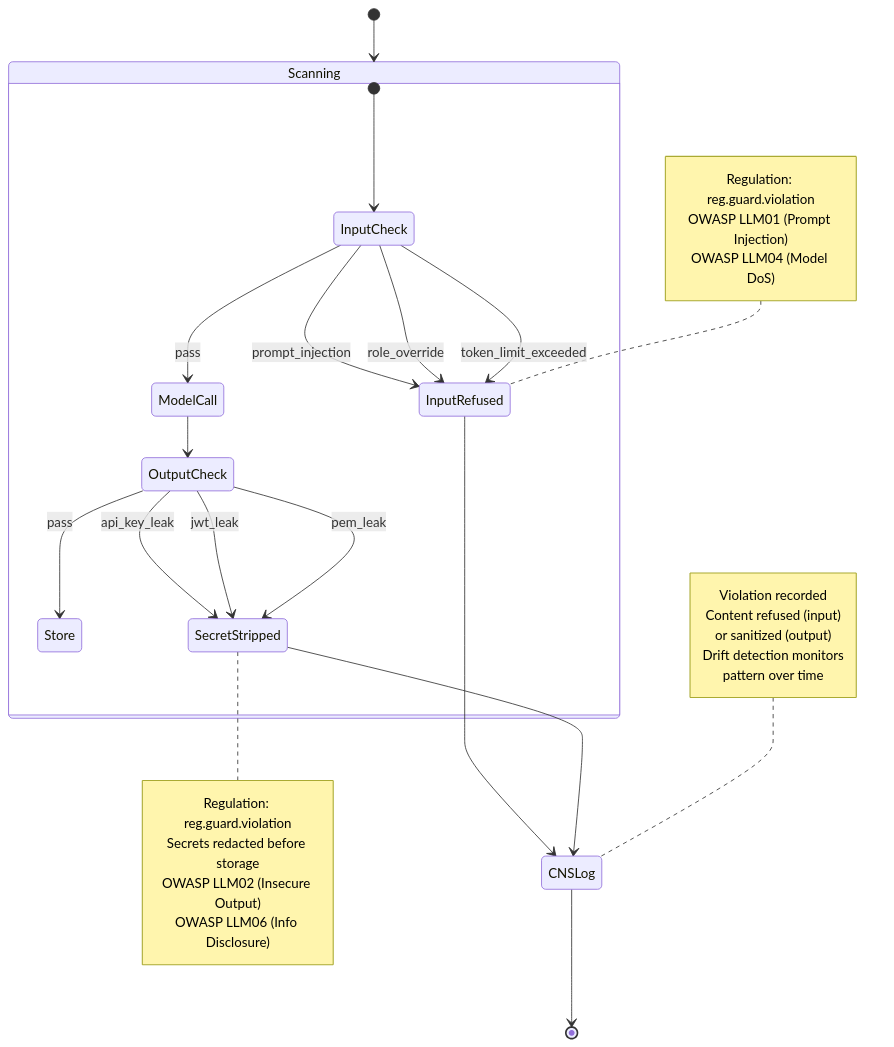
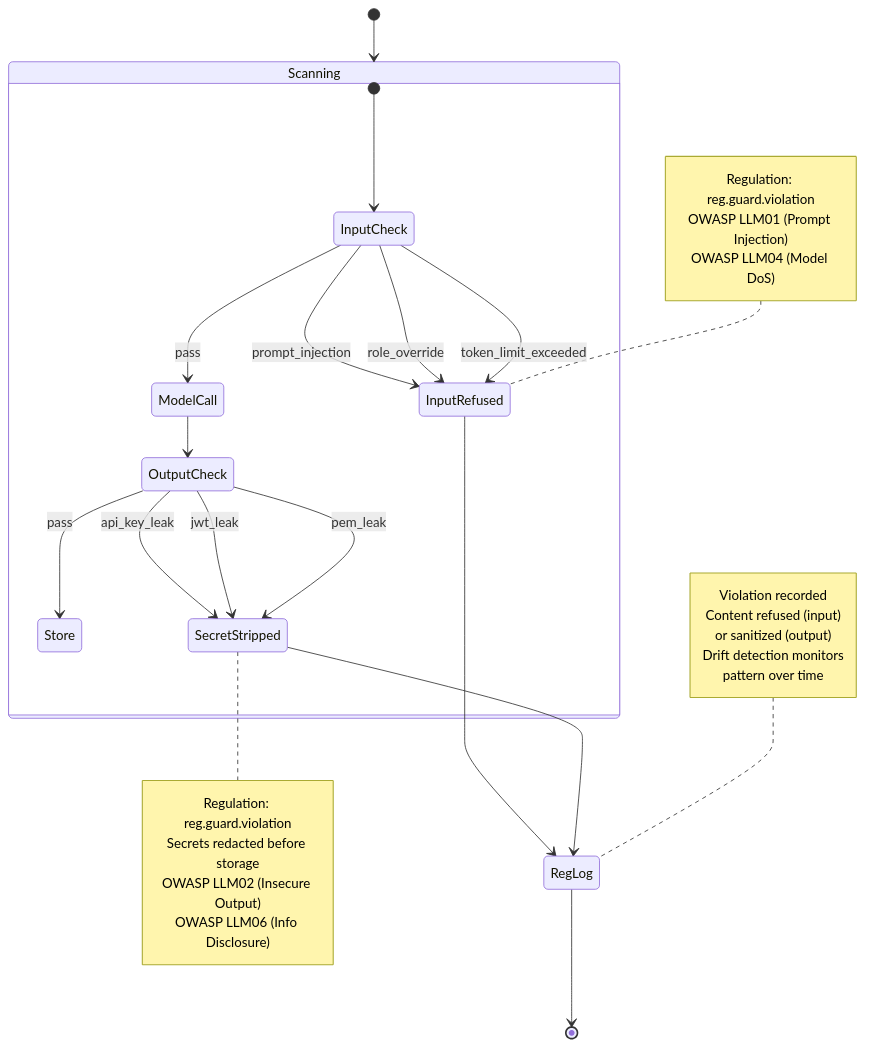
The fifth of 6 diagrams in docs/explanation/sovereignty-and-ocap.md (mdz-axo/hKask), drawn with Mermaid before and after one commit. The commit also changed 47 other files, not shown here.

````diff
--- a/docs/explanation/sovereignty-and-ocap.md
+++ b/docs/explanation/sovereignty-and-ocap.md
@@ -477,44 +477,44 @@
 ```mermaid
 stateDiagram-v2
     [*] --> Scanning
 
     state Scanning {
         [*] --> InputCheck
         InputCheck --> ModelCall : pass
         InputCheck --> InputRefused : prompt_injection
         InputCheck --> InputRefused : role_override
         InputCheck --> InputRefused : token_limit_exceeded
 
         ModelCall --> OutputCheck
         OutputCheck --> Store : pass
         OutputCheck --> SecretStripped : api_key_leak
         OutputCheck --> SecretStripped : jwt_leak
         OutputCheck --> SecretStripped : pem_leak
     }
 
-    InputRefused --> CNSLog
-    SecretStripped --> CNSLog
+    InputRefused --> RegLog
+    SecretStripped --> RegLog
 
-    CNSLog --> [*]
+    RegLog --> [*]
 
     note left of InputRefused
         Regulation: reg.guard.violation
         OWASP LLM01 (Prompt Injection)
         OWASP LLM04 (Model DoS)
     end note
 
     note right of SecretStripped
         Regulation: reg.guard.violation
         Secrets redacted before storage
         OWASP LLM02 (Insecure Output)
         OWASP LLM06 (Info Disclosure)
     end note
 
-    note left of CNSLog
+    note left of RegLog
         Violation recorded
         Content refused (input)
         or sanitized (output)
         Drift detection monitors
         pattern over time
     end note
 ```
````
